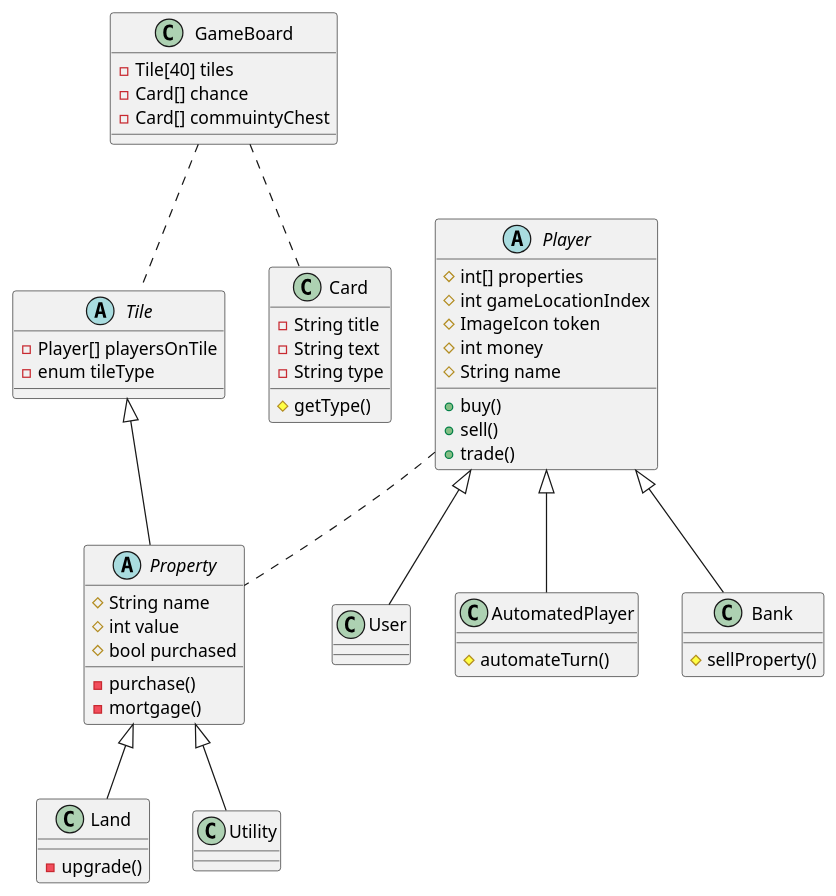
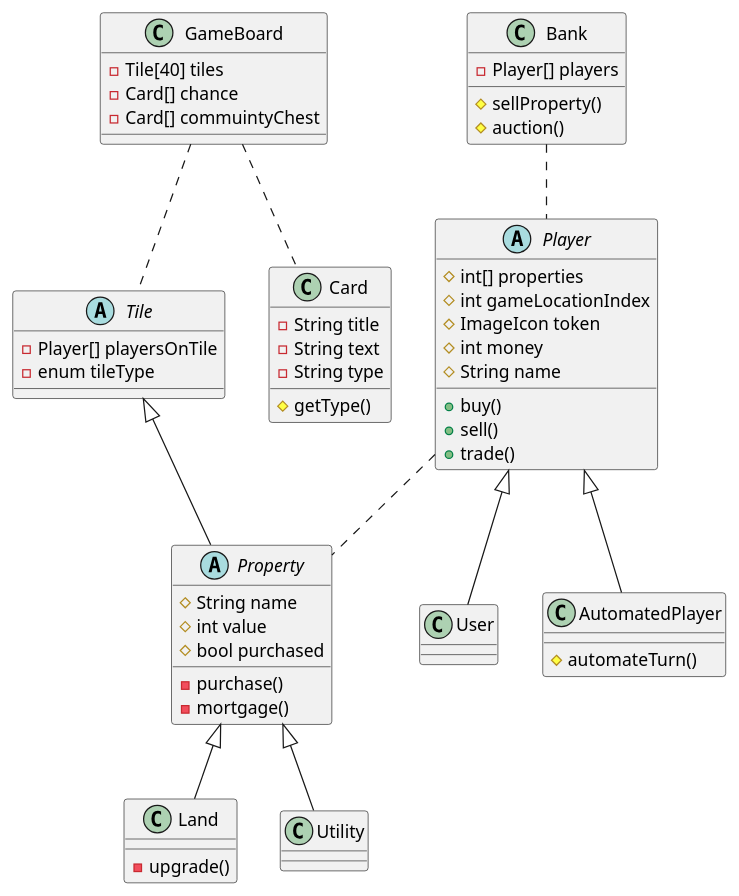
Before and after one commit to PopeMain/PropertyNMoney: the diagram in docs/Player.puml, drawn with PlantUML. The commit also changed 2 other files, not shown here.

Commit message:
Made some updates to the UML, Working on updates for the GameController and added a personalized Icon image

```diff
--- a/docs/Player.puml
+++ b/docs/Player.puml
@@ -1,78 +1,80 @@
 @startuml
 'https://plantuml.com/class-diagram
 
 class GameBoard
 abstract class Tile
 abstract class Player
 abstract class Property
 class Card
 class User
 class AutomatedPlayer
 class Land
 class Utility
 class Bank
 
 Player <|-- User
 Player <|-- AutomatedPlayer
 Player .. Property
-Player <|-- Bank
+Bank .. Player
 Property <|-- Land
 Property <|-- Utility
 
 GameBoard .. Tile
 GameBoard .. Card
 Tile <|-- Property
 
 class GameBoard{
 -Tile[40] tiles
 -Card[] chance
 -Card[] commuintyChest
 }
 
 abstract class Tile{
 -Player[] playersOnTile
 -enum tileType
 }
 class Card{
 -String title
 -String text
 -String type
 #getType()
 }
 abstract class Player {
 #int[] properties
 #int gameLocationIndex
 #ImageIcon token
 #int money
 #String name
 +buy()
 +sell()
 +trade()
 }
 
 abstract class Property {
 #String name
 #int value
 #bool purchased
 -purchase()
 -mortgage()
 }
 
 class User {
 }
 
 class AutomatedPlayer {
 #automateTurn()
 }
 
 class Land{
 -upgrade()
 }
 
 class Utility{
 }
 
 class Bank{
+-Player[] players
 #sellProperty()
+#auction()
 }
 @enduml
```
